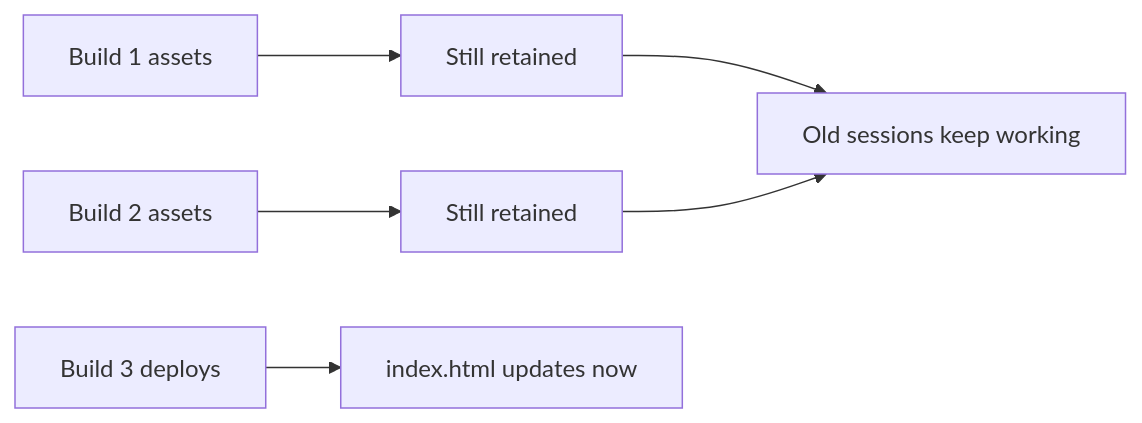
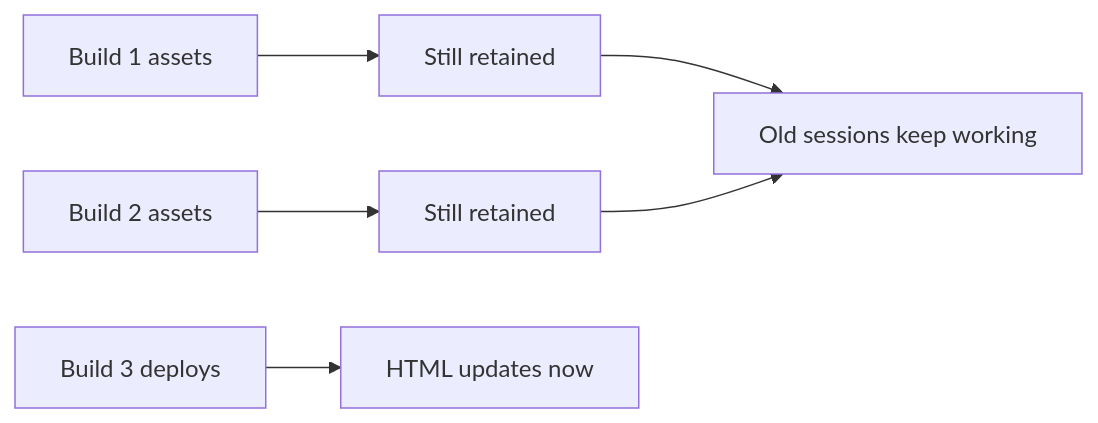
The fifth of 5 diagrams in markdown/why-hard-refresh-fixes-stale-frontend-deploys.md (AkhilXavier95/portfolio), drawn with Mermaid before and after one commit. The commit also changed other lines of this file and 3 other files, not shown here.

First line of the commit message:
Refine Mermaid diagram rendering and enhance blog styles

````diff
--- a/markdown/why-hard-refresh-fixes-stale-frontend-deploys.md
+++ b/markdown/why-hard-refresh-fixes-stale-frontend-deploys.md
@@ -145,8 +145,8 @@
 ```mermaid
 flowchart LR
     A[Build 1 assets] --> B[Still retained]
     C[Build 2 assets] --> D[Still retained]
-    E[Build 3 deploys] --> F[index.html updates now]
+    E[Build 3 deploys] --> F[HTML updates now]
     B --> G[Old sessions keep working]
     D --> G
 ```
````
